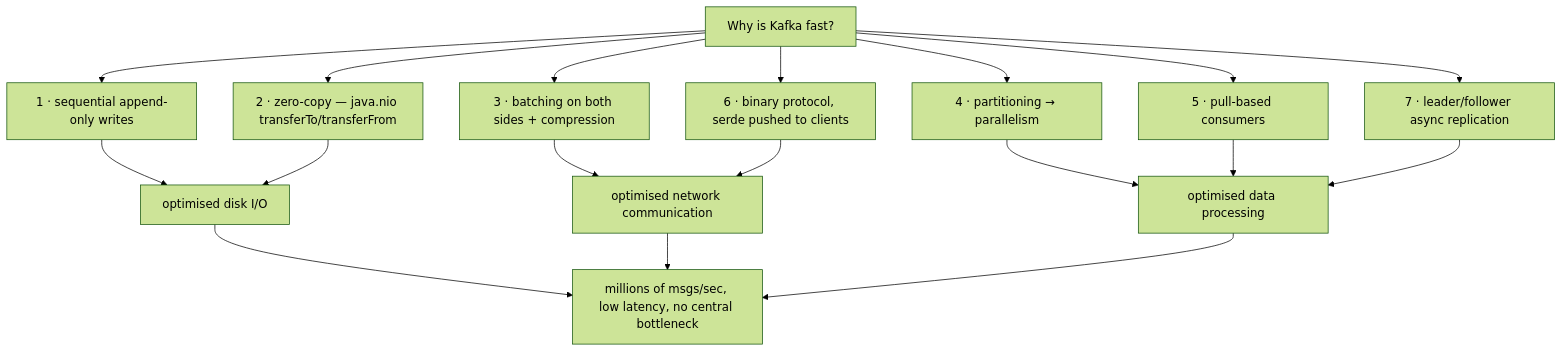
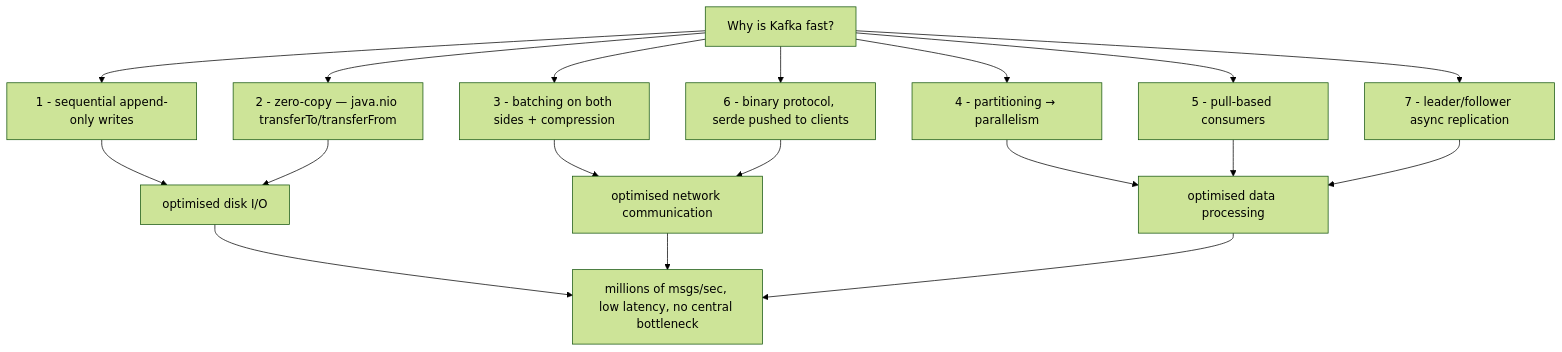
Before and after one commit to 89himanshu-dwivedi/enterprise-stack-zero-to-architect: the diagram in kafka/08-why-kafka-is-fast/README.md, drawn with Mermaid (forest theme). The commit also changed 21 other files, not shown here.

First line of the commit message:
Fix mermaid diagrams that failed to render on GitHub

````diff
--- a/kafka/08-why-kafka-is-fast/README.md
+++ b/kafka/08-why-kafka-is-fast/README.md
@@ -253,20 +253,20 @@
 ```mermaid
 flowchart TD
-    Q["Why is Kafka fast?"] --> D1["1 · sequential append-only writes"]
-    Q --> D2["2 · zero-copy — java.nio transferTo/transferFrom"]
-    Q --> D3["3 · batching on both sides + compression"]
-    Q --> D4["4 · partitioning → parallelism"]
-    Q --> D5["5 · pull-based consumers"]
-    Q --> D6["6 · binary protocol, serde pushed to clients"]
-    Q --> D7["7 · leader/follower async replication"]
+    Q["Why is Kafka fast?"] --> D1["1 - sequential append-only writes"]
+    Q --> D2["2 - zero-copy — java.nio transferTo/transferFrom"]
+    Q --> D3["3 - batching on both sides + compression"]
+    Q --> D4["4 - partitioning → parallelism"]
+    Q --> D5["5 - pull-based consumers"]
+    Q --> D6["6 - binary protocol, serde pushed to clients"]
+    Q --> D7["7 - leader/follower async replication"]
     D1 --> R["optimised disk I/O"]
     D2 --> R
     D3 --> N["optimised network communication"]
     D6 --> N
     D4 --> P["optimised data processing"]
     D5 --> P
     D7 --> P
     R --> F["millions of msgs/sec, low latency, no central bottleneck"]
     N --> F
     P --> F
 ```
````
